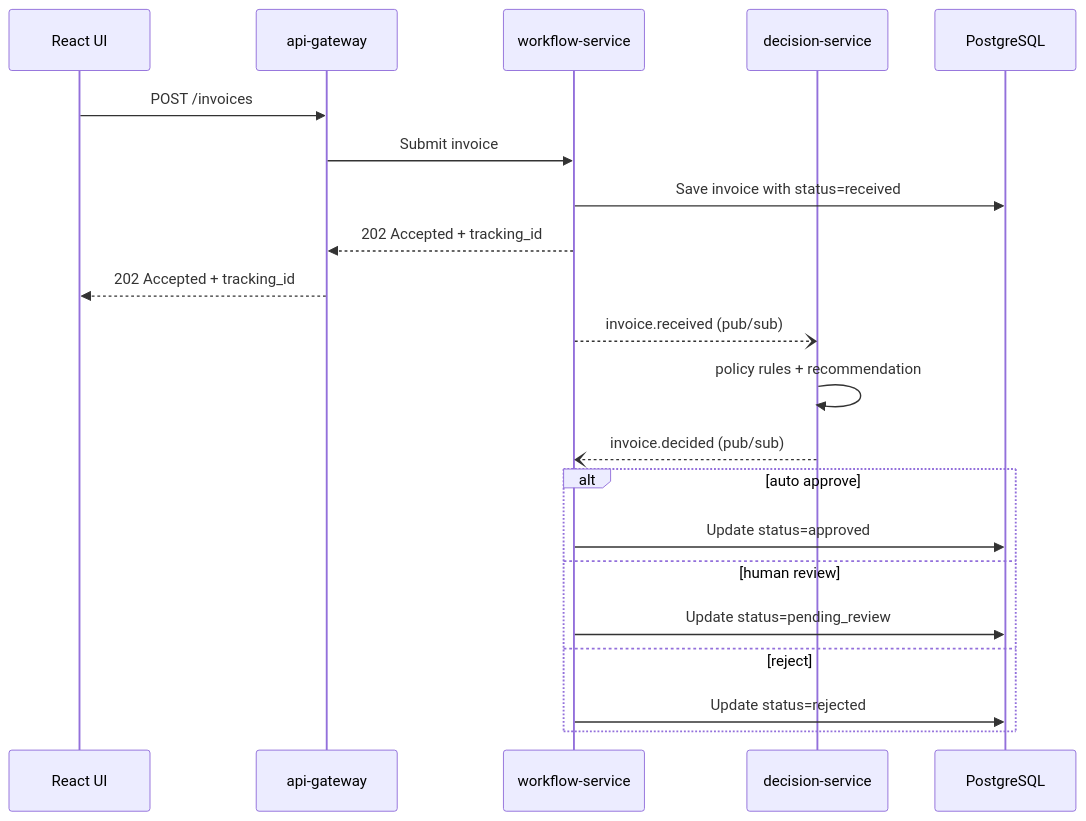
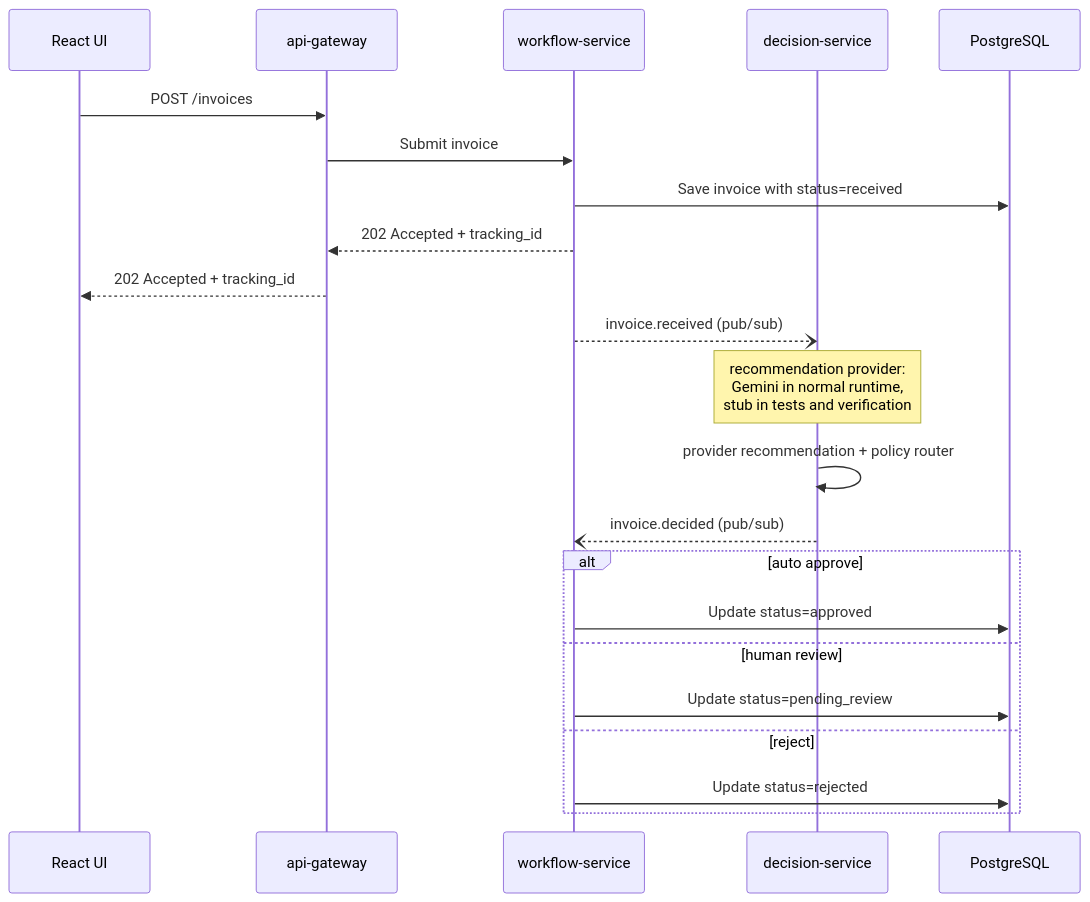
The second of 3 diagrams in ARCHITECTURE.md (noasivan1/approval-flow), drawn with Mermaid before and after one commit. The commit also changed other lines of this file and 33 other files, not shown here.

Commit message:
feat: complete policy and Gemini integration

````diff
--- a/ARCHITECTURE.md
+++ b/ARCHITECTURE.md
@@ -118,26 +161,27 @@
 ```mermaid
 sequenceDiagram
     participant U as React UI
     participant G as api-gateway
     participant W as workflow-service
     participant D as decision-service
     participant DB as PostgreSQL
 
     U->>G: POST /invoices
     G->>W: Submit invoice
     W->>DB: Save invoice with status=received
     W-->>G: 202 Accepted + tracking_id
     G-->>U: 202 Accepted + tracking_id
 
     W--)D: invoice.received (pub/sub)
-    D->>D: policy rules + recommendation
+    Note over D: recommendation provider:<br/>Gemini in normal runtime,<br/>stub in tests and verification
+    D->>D: provider recommendation + policy router
     D--)W: invoice.decided (pub/sub)
 
     alt auto approve
         W->>DB: Update status=approved
     else human review
         W->>DB: Update status=pending_review
     else reject
         W->>DB: Update status=rejected
     end
 ```
````
